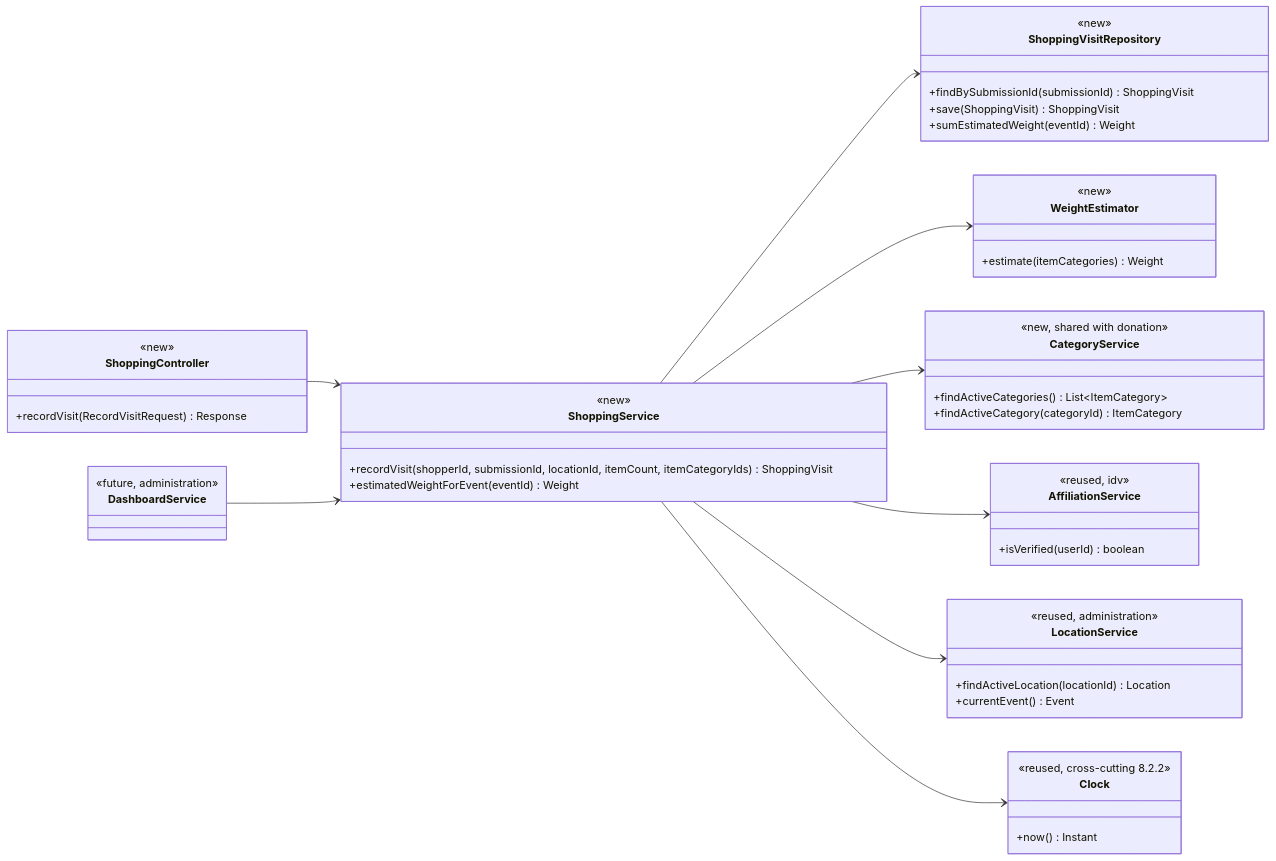
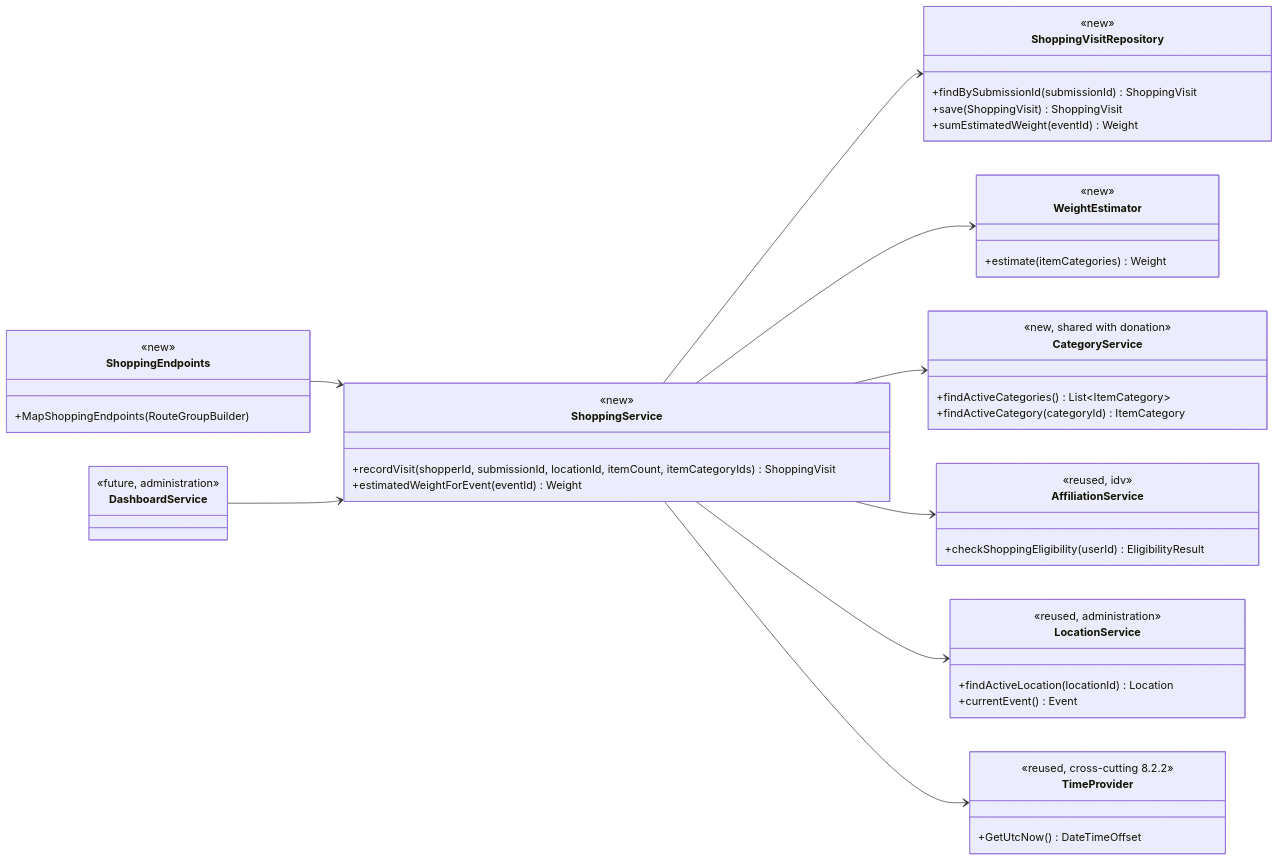
One commit to evelyntrann/cosc-40943-team-3-refrog changed the first of 3 diagrams in docs/design/SHP.md. Above: the diagram before and after it, drawn with Mermaid. The commit also changed other lines of this file and 22 other files, not shown here.

````diff
--- a/docs/design/SHP.md
+++ b/docs/design/SHP.md
@@ -64,52 +64,52 @@
 ```mermaid
 classDiagram
     direction LR
-    class ShoppingController {
+    class ShoppingEndpoints {
         <<new>>
-        +recordVisit(RecordVisitRequest) Response
+        +MapShoppingEndpoints(RouteGroupBuilder)
     }
     class ShoppingService {
         <<new>>
         +recordVisit(shopperId, submissionId, locationId, itemCount, itemCategoryIds) ShoppingVisit
         +estimatedWeightForEvent(eventId) Weight
     }
     class WeightEstimator {
         <<new>>
         +estimate(itemCategories) Weight
     }
     class ShoppingVisitRepository {
         <<new>>
         +findBySubmissionId(submissionId) ShoppingVisit
         +save(ShoppingVisit) ShoppingVisit
         +sumEstimatedWeight(eventId) Weight
     }
     class CategoryService {
         <<new, shared with donation>>
         +findActiveCategories() List~ItemCategory~
         +findActiveCategory(categoryId) ItemCategory
     }
     class AffiliationService {
         <<reused, idv>>
-        +isVerified(userId) boolean
+        +checkShoppingEligibility(userId) EligibilityResult
     }
     class LocationService {
         <<reused, administration>>
         +findActiveLocation(locationId) Location
         +currentEvent() Event
     }
-    class Clock {
+    class TimeProvider {
         <<reused, cross-cutting 8.2.2>>
-        +now() Instant
+        +GetUtcNow() DateTimeOffset
     }
     class DashboardService {
         <<future, administration>>
     }
-    ShoppingController --> ShoppingService
+    ShoppingEndpoints --> ShoppingService
     ShoppingService --> ShoppingVisitRepository
     ShoppingService --> WeightEstimator
     ShoppingService --> CategoryService
     ShoppingService --> AffiliationService
     ShoppingService --> LocationService
-    ShoppingService --> Clock
+    ShoppingService --> TimeProvider
     DashboardService --> ShoppingService
 ```
````
